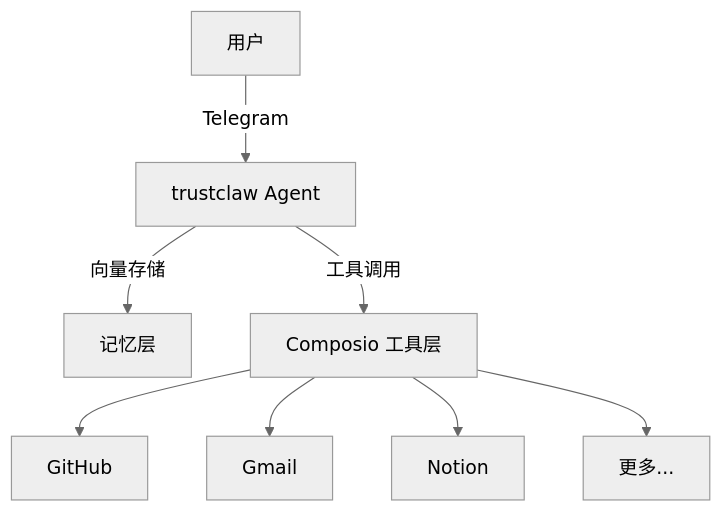
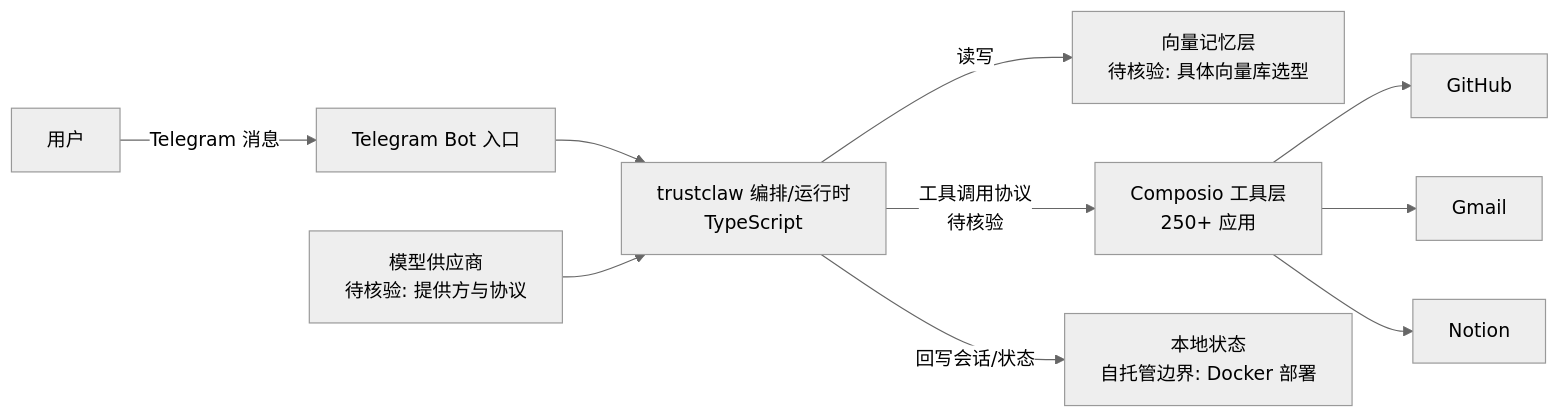
The diagram in projects/trustclaw.md (aiutil/github-researcher), drawn with Mermaid (neutral theme) before and after one commit. The commit also changed other lines of this file and 939 other files, not shown here.

Commit message:
feat: add architect briefs and Mermaid project maps

````diff
--- a/projects/trustclaw.md
+++ b/projects/trustclaw.md
@@ -51,10 +64,12 @@
 ```mermaid
-graph TD
-    U[用户] -->|Telegram| TC[trustclaw Agent]
-    TC -->|向量存储| VM[记忆层]
-    TC -->|工具调用| CO[Composio 工具层]
+flowchart LR
+    U[用户] -->|Telegram 消息| TG[Telegram Bot 入口]
+    TG --> ORC[trustclaw 编排/运行时<br/>TypeScript]
+    ORC -->|读写| VM[向量记忆层<br/>待核验: 具体向量库选型]
+    ORC -->|工具调用协议<br/>待核验| CO[Composio 工具层<br/>250+ 应用]
     CO --> G[GitHub]
     CO --> E[Gmail]
     CO --> N[Notion]
-    CO --> M[更多...]
+    ORC -->|回写会话/状态| ST[本地状态<br/>自托管边界: Docker 部署]
+    ORM[模型供应商<br/>待核验: 提供方与协议] --> ORC
 ```
````
